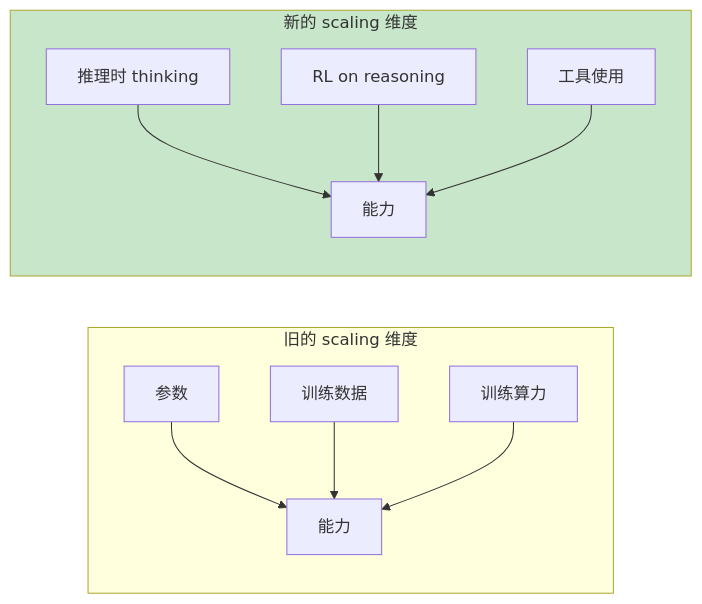
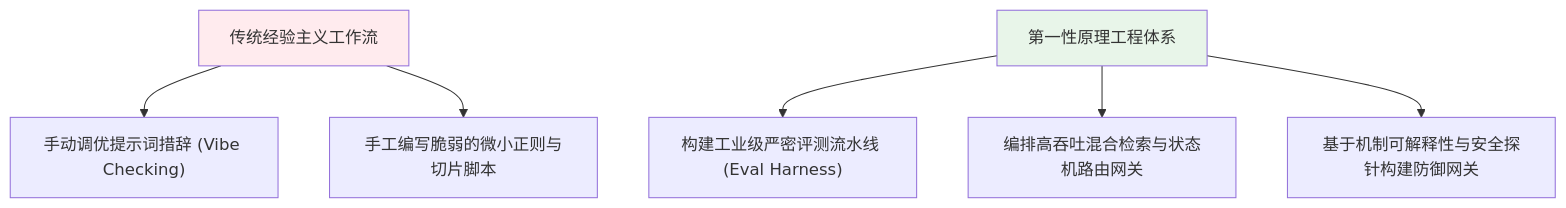
The sixth of 6 diagrams in chapters/15-future.md (yingwang/thinking-in-llm), drawn with Mermaid before and after one commit. The commit also changed other lines of this file and 31 other files, not shown here.

````diff
--- a/chapters/15-future.md
+++ b/chapters/15-future.md
@@ -211,16 +145,12 @@
 ```mermaid
-flowchart LR
-    subgraph 旧维度["旧的 scaling 维度"]
-        D1["参数"] --> Power["能力"]
-        D2["训练数据"] --> Power
-        D3["训练算力"] --> Power
-    end
+graph TD
+    Old["传统经验主义工作流"] --> A["手动调优提示词措辞 (Vibe Checking)"]
+    Old --> B["手工编写脆弱的微小正则与切片脚本"]
     
-    subgraph 新维度["新的 scaling 维度"]
-        D4["推理时 thinking"] --> Power2["能力"]
-        D5["RL on reasoning"] --> Power2
-        D6["工具使用"] --> Power2
-    end
+    New["第一性原理工程体系"] --> C["构建工业级严密评测流水线 (Eval Harness)"]
+    New --> D["编排高吞吐混合检索与状态机路由网关"]
+    New --> E["基于机制可解释性与安全探针构建防御网关"]
     
-    style 新维度 fill:#c8e6c9
+    style Old fill:#ffebee
+    style New fill:#e8f5e9
 ```
````
